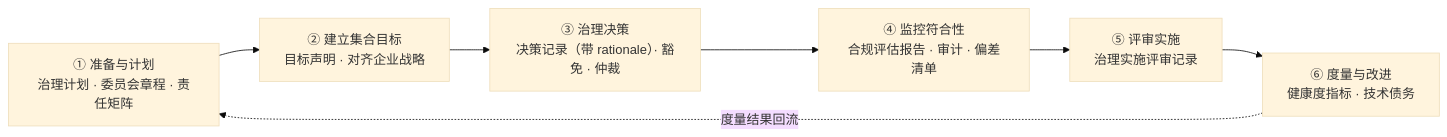
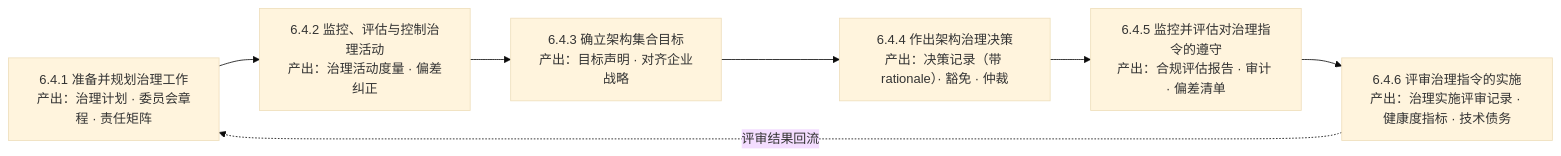
Before and after one commit to Yongjunzhou/AOS-system-design: diagram 21 of 21 in 100-subprojects/01-系统工程研究/00-系统工程相关研究报告/13-工程角色谱系研究报告-从模块工程师到系统架构师.md, drawn with Mermaid (base theme). The commit also changed other lines of this file and 38 other files, not shown here.

````diff
--- a/100-subprojects/01-系统工程研究/00-系统工程相关研究报告/13-工程角色谱系研究报告-从模块工程师到系统架构师.md
+++ b/100-subprojects/01-系统工程研究/00-系统工程相关研究报告/13-工程角色谱系研究报告-从模块工程师到系统架构师.md
@@ -866,9 +939,9 @@
 ```mermaid
 flowchart LR
-    A1["① 准备与计划<br/>治理计划 · 委员会章程 · 责任矩阵"] --> A2["② 建立集合目标<br/>目标声明 · 对齐企业战略"]
-    A2 --> A3["③ 治理决策<br/>决策记录（带 rationale）· 豁免 · 仲裁"]
-    A3 --> A4["④ 监控符合性<br/>合规评估报告 · 审计 · 偏差清单"]
-    A4 --> A5["⑤ 评审实施<br/>治理实施评审记录"]
-    A5 --> A6["⑥ 度量与改进<br/>健康度指标 · 技术债务"]
-    A6 -.->|"度量结果回流"| A1
+    A1["6.4.1 准备并规划治理工作<br/>产出：治理计划 · 委员会章程 · 责任矩阵"] --> A2["6.4.2 监控、评估与控制治理活动<br/>产出：治理活动度量 · 偏差纠正"]
+    A2 --> A3["6.4.3 确立架构集合目标<br/>产出：目标声明 · 对齐企业战略"]
+    A3 --> A4["6.4.4 作出架构治理决策<br/>产出：决策记录（带 rationale）· 豁免 · 仲裁"]
+    A4 --> A5["6.4.5 监控并评估对治理指令的遵守<br/>产出：合规评估报告 · 审计 · 偏差清单"]
+    A5 --> A6["6.4.6 评审治理指令的实施<br/>产出：治理实施评审记录 · 健康度指标 · 技术债务"]
+    A6 -.->|"评审结果回流"| A1
 ```
````
